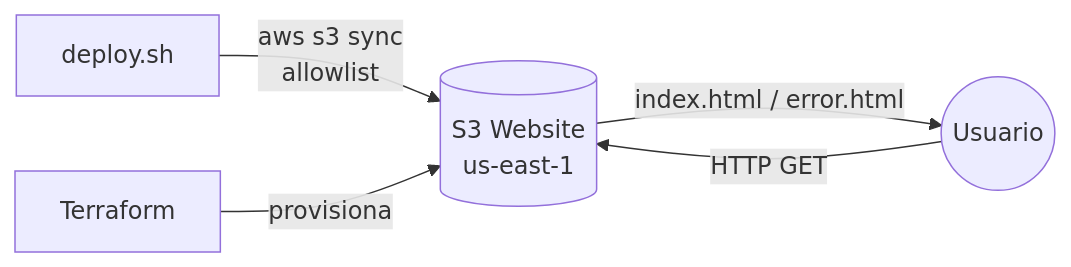
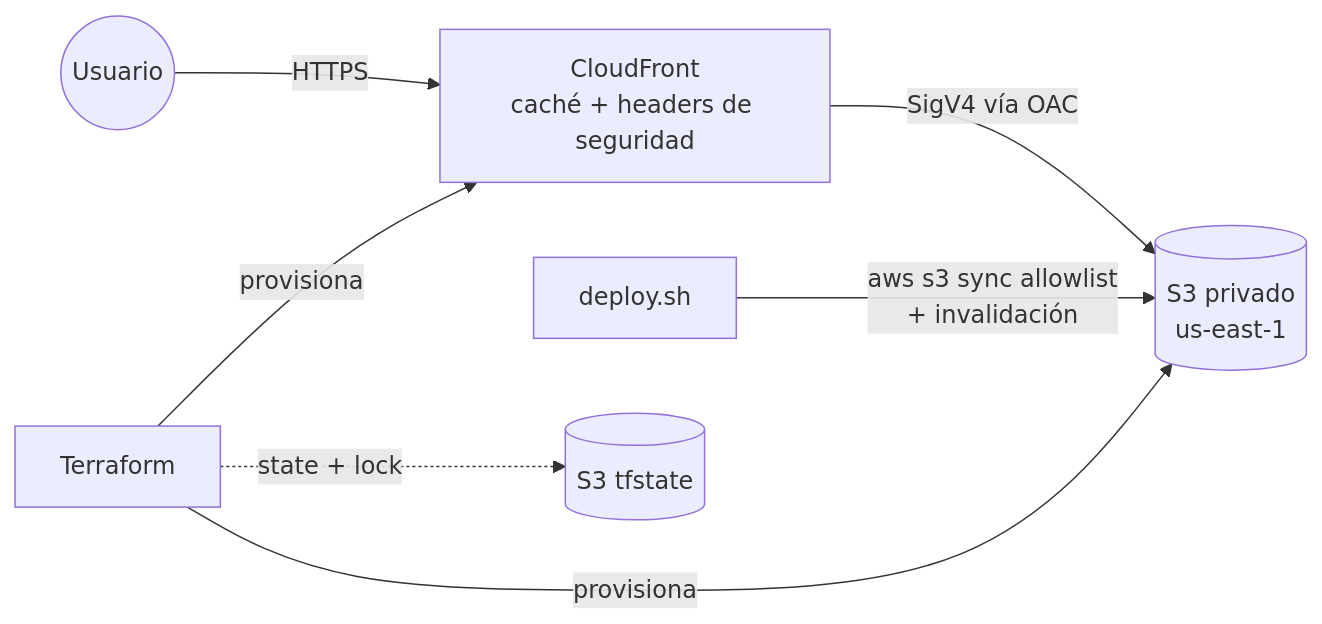
Before and after one commit to DevDan7/s3-website-danielvillegas-2026: the diagram in README.md, drawn with Mermaid. The commit also changed other lines of this file and 9 other files, not shown here.

First line of the commit message:
feat(infra): CloudFront + OAC with private S3 bucket (HTTPS)

````diff
--- a/README.md
+++ b/README.md
@@ -15,7 +13,9 @@
 ```mermaid
 flowchart LR
-    Dev[deploy.sh] -- aws s3 sync<br/>allowlist --> S3
-    TF[Terraform] -- provisiona --> S3
-    User((Usuario)) -- HTTP GET --> S3[(S3 Website<br/>us-east-1)]
-    S3 -- index.html / error.html --> User
+    User((Usuario)) -- HTTPS --> CF[CloudFront<br/>caché + headers de seguridad]
+    CF -- SigV4 vía OAC --> S3[(S3 privado<br/>us-east-1)]
+    Dev[deploy.sh] -- aws s3 sync allowlist<br/>+ invalidación --> S3
+    TF[Terraform] -- provisiona --> CF
+    TF -- provisiona --> S3
+    TF -. state + lock .-> State[(S3 tfstate)]
 ```
````
